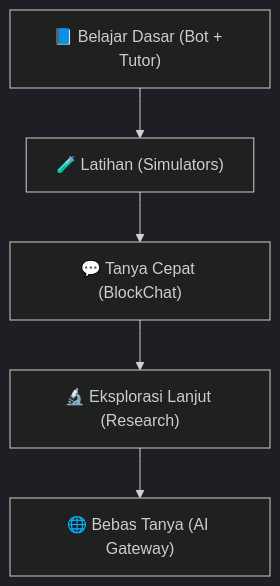
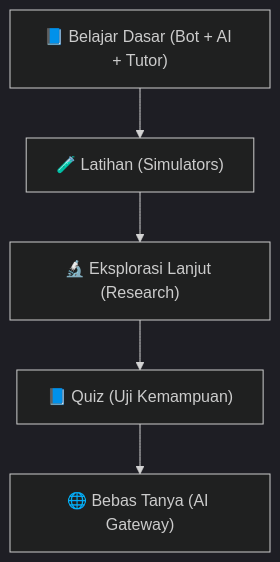
The second of 4 diagrams in README.md (mrbrightsides/learn3), drawn with Mermaid (dark theme) before and after one commit. The commit also changed other lines of this file, not shown here.

````diff
--- a/README.md
+++ b/README.md
@@ -100,7 +95,7 @@
 ```mermaid
 flowchart TD
-    A["📘 Belajar Dasar (Bot + Tutor)"] --> B["🧪 Latihan (Simulators)"]
-    B --> C["💬 Tanya Cepat (BlockChat)"]
-    C --> D["🔬 Eksplorasi Lanjut (Research)"]
+    A["📘 Belajar Dasar (Bot + AI + Tutor)"] --> B["🧪 Latihan (Simulators)"]
+    B --> C["🔬 Eksplorasi Lanjut (Research)"]
+    C --> D["📘 Quiz (Uji Kemampuan)"]
     D --> E["🌐 Bebas Tanya (AI Gateway)"]
 ```
````
